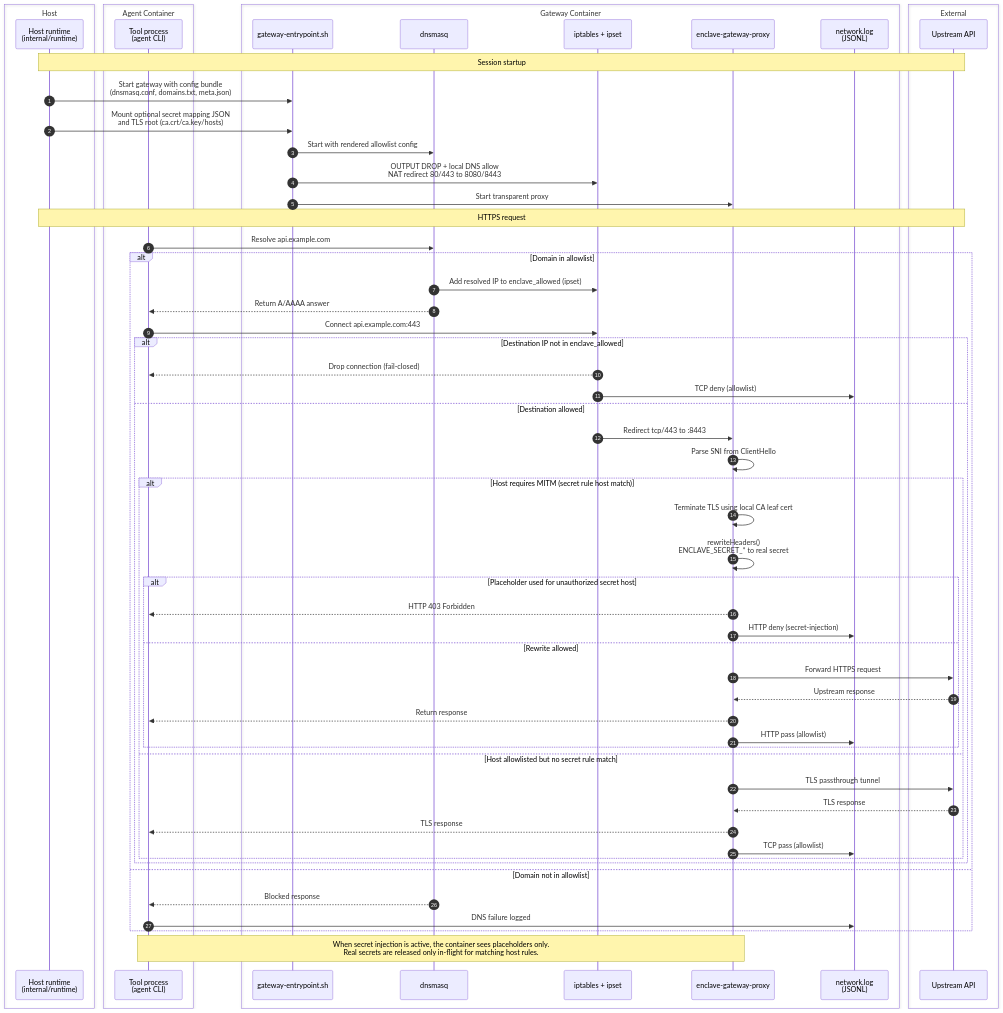
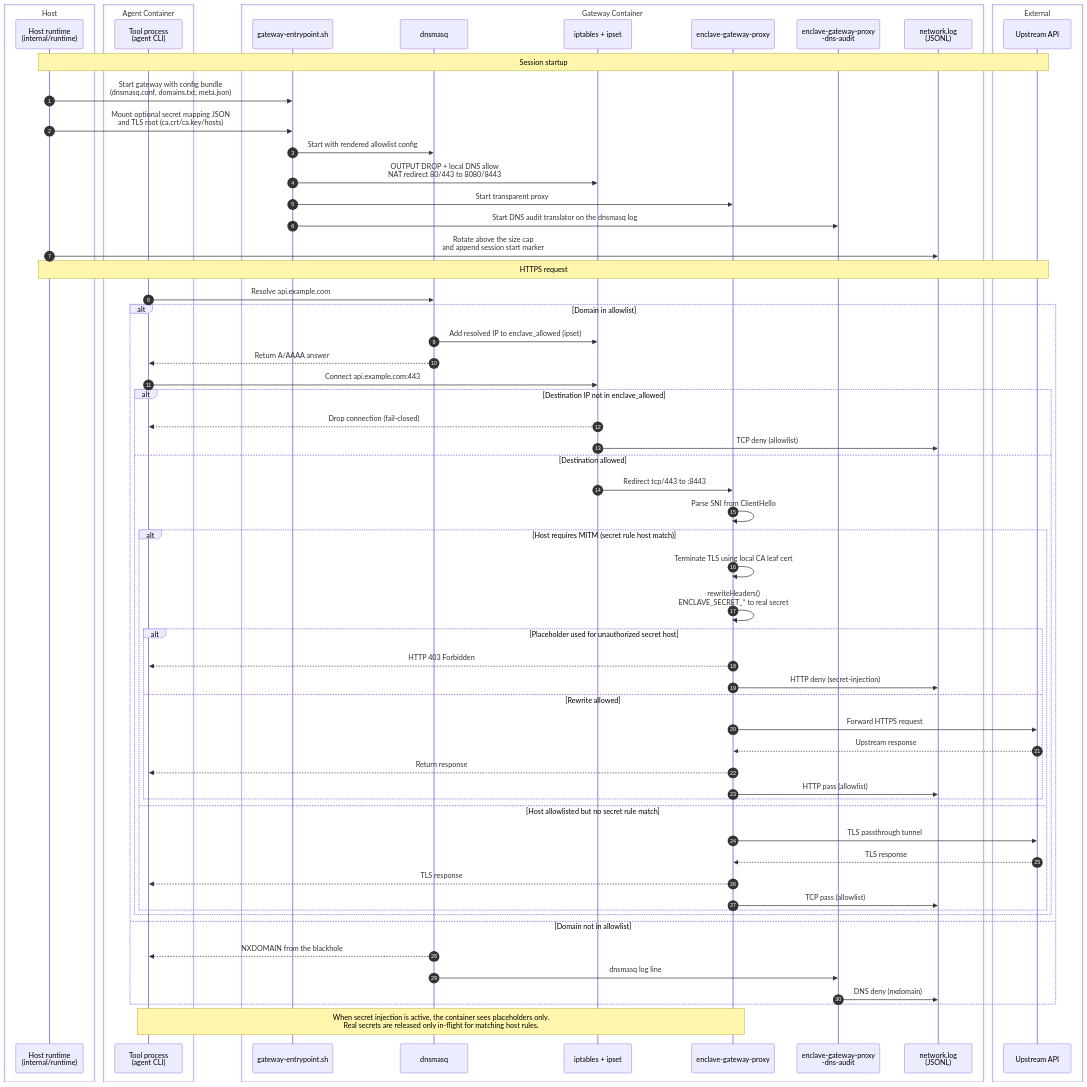
One commit to eclipse-enclave/enclave changed the diagram in docs/runtime/network-request-flow.md. Above: the diagram before and after it, drawn with Mermaid. The commit also changed other lines of this file and 59 other files, not shown here.

First line of the commit message:
feat: add enclave network log (#52)

````diff
--- a/docs/runtime/network-request-flow.md
+++ b/docs/runtime/network-request-flow.md
@@ -7,65 +7,69 @@
 ```mermaid
 sequenceDiagram
     autonumber
     box Host
         participant Host as Host runtime<br/>(internal/runtime)
     end
     box Agent Container
         participant Tool as Tool process<br/>(agent CLI)
     end
     box Gateway Container
         participant Entry as gateway-entrypoint.sh
         participant DNS as dnsmasq
         participant FW as iptables + ipset
         participant Proxy as enclave-gateway-proxy
+        participant Audit as enclave-gateway-proxy<br/>-dns-audit
         participant Log as network.log<br/>(JSONL)
     end
     box External
         participant API as Upstream API
     end
 
     Note over Host,API: Session startup
     Host->>Entry: Start gateway with config bundle<br/>(dnsmasq.conf, domains.txt, meta.json)
     Host->>Entry: Mount optional secret mapping JSON<br/>and TLS root (ca.crt/ca.key/hosts)
     Entry->>DNS: Start with rendered allowlist config
     Entry->>FW: OUTPUT DROP + local DNS allow<br/>NAT redirect 80/443 to 8080/8443
     Entry->>Proxy: Start transparent proxy
+    Entry->>Audit: Start DNS audit translator on the dnsmasq log
+    Host->>Log: Rotate above the size cap<br/>and append session start marker
 
     Note over Host,API: HTTPS request
     Tool->>DNS: Resolve api.example.com
     alt Domain in allowlist
         DNS->>FW: Add resolved IP to enclave_allowed (ipset)
         DNS-->>Tool: Return A/AAAA answer
         Tool->>FW: Connect api.example.com:443
         alt Destination IP not in enclave_allowed
             FW-->>Tool: Drop connection (fail-closed)
             FW->>Log: TCP deny (allowlist)
         else Destination allowed
             FW->>Proxy: Redirect tcp/443 to :8443
             Proxy->>Proxy: Parse SNI from ClientHello
             alt Host requires MITM (secret rule host match)
                 Proxy->>Proxy: Terminate TLS using local CA leaf cert
                 Proxy->>Proxy: rewriteHeaders()<br/>ENCLAVE_SECRET_* to real secret
                 alt Placeholder used for unauthorized secret host
                     Proxy-->>Tool: HTTP 403 Forbidden
                     Proxy->>Log: HTTP deny (secret-injection)
                 else Rewrite allowed
                     Proxy->>API: Forward HTTPS request
                     API-->>Proxy: Upstream response
                     Proxy-->>Tool: Return response
                     Proxy->>Log: HTTP pass (allowlist)
                 end
             else Host allowlisted but no secret rule match
                 Proxy->>API: TLS passthrough tunnel
                 API-->>Proxy: TLS response
                 Proxy-->>Tool: TLS response
                 Proxy->>Log: TCP pass (allowlist)
             end
         end
     else Domain not in allowlist
-        DNS-->>Tool: Blocked response
-        Tool->>Log: DNS failure logged
+        DNS-->>Tool: NXDOMAIN from the blackhole
+        DNS->>Audit: dnsmasq log line
+        Audit->>Log: DNS deny (nxdomain)
     end
 
     Note over Tool,Proxy: When secret injection is active, the container sees placeholders only.<br/>Real secrets are released only in-flight for matching host rules.
 ```
````
